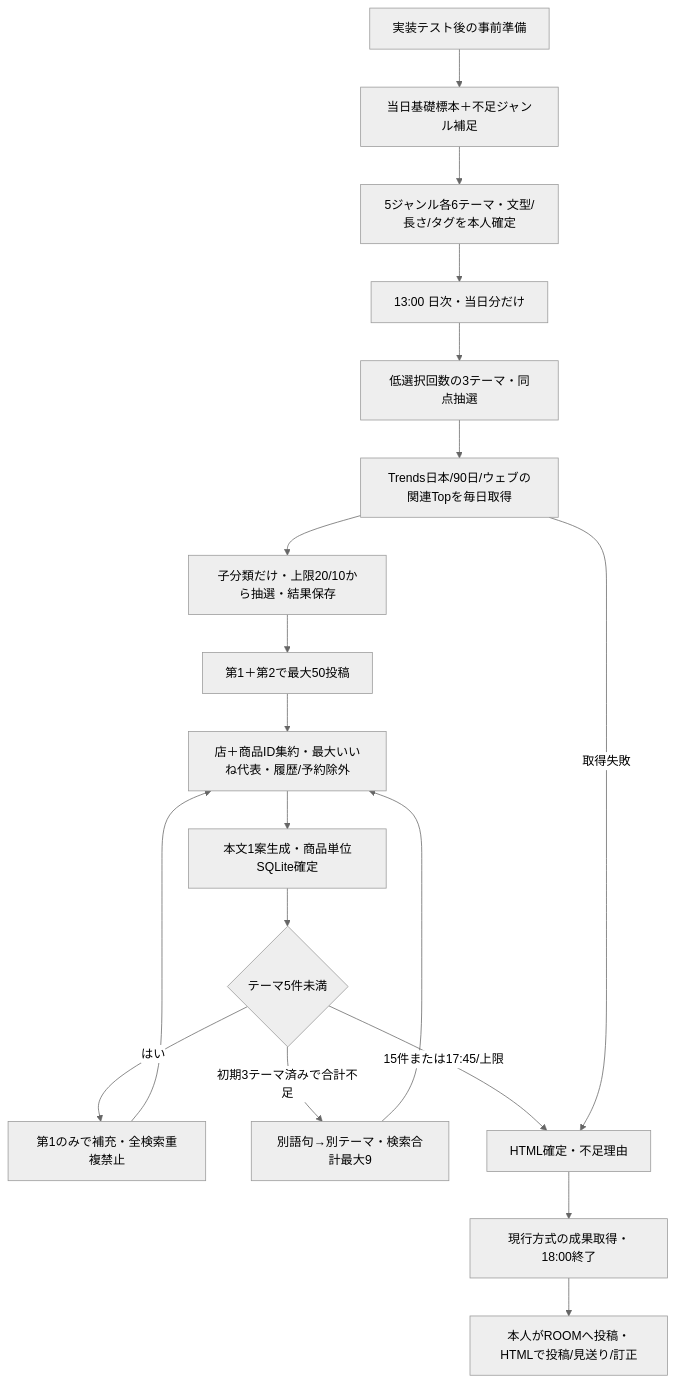
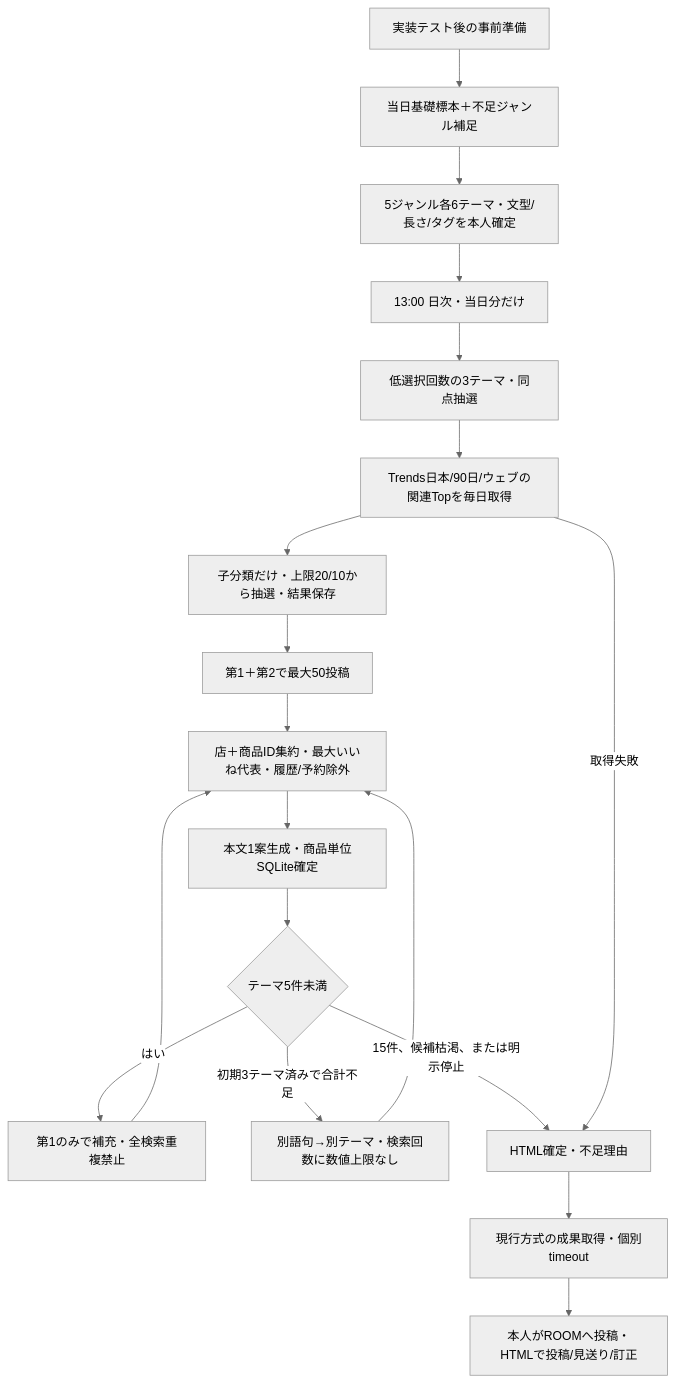
One commit to ute3g2n/rakuten-room-inago changed the diagram in plan/イナゴ戦略/11_決定事項と残課題.md. Above: the diagram before and after it, drawn with Mermaid (neutral theme). The commit also changed other lines of this file and 17 other files, not shown here.

````diff
--- a/plan/イナゴ戦略/11_決定事項と残課題.md
+++ b/plan/イナゴ戦略/11_決定事項と残課題.md
@@ -22,21 +24,21 @@
 ```mermaid
 flowchart TD
  A[実装テスト後の事前準備] --> B[当日基礎標本＋不足ジャンル補足]
  B --> C[5ジャンル各6テーマ・文型/長さ/タグを本人確定]
  C --> D[13:00 日次・当日分だけ]
  D --> E[低選択回数の3テーマ・同点抽選]
  E --> F[Trends日本/90日/ウェブの関連Topを毎日取得]
  F --> G[子分類だけ・上限20/10から抽選・結果保存]
  G --> H[第1＋第2で最大50投稿]
  H --> I[店＋商品ID集約・最大いいね代表・履歴/予約除外]
  I --> J[本文1案生成・商品単位SQLite確定]
  J --> K{テーマ5件未満}
  K -->|はい| L[第1のみで補充・全検索重複禁止]
  L --> I
- K -->|初期3テーマ済みで合計不足| M[別語句→別テーマ・検索合計最大9]
+ K -->|初期3テーマ済みで合計不足| M[別語句→別テーマ・検索回数に数値上限なし]
  M --> I
- K -->|15件または17:45/上限| N[HTML確定・不足理由]
+ K -->|15件、候補枯渇、または明示停止| N[HTML確定・不足理由]
  F -->|取得失敗| N
- N --> O[現行方式の成果取得・18:00終了]
+ N --> O[現行方式の成果取得・個別timeout]
  O --> P[本人がROOMへ投稿・HTMLで投稿/見送り/訂正]
 ```
````
